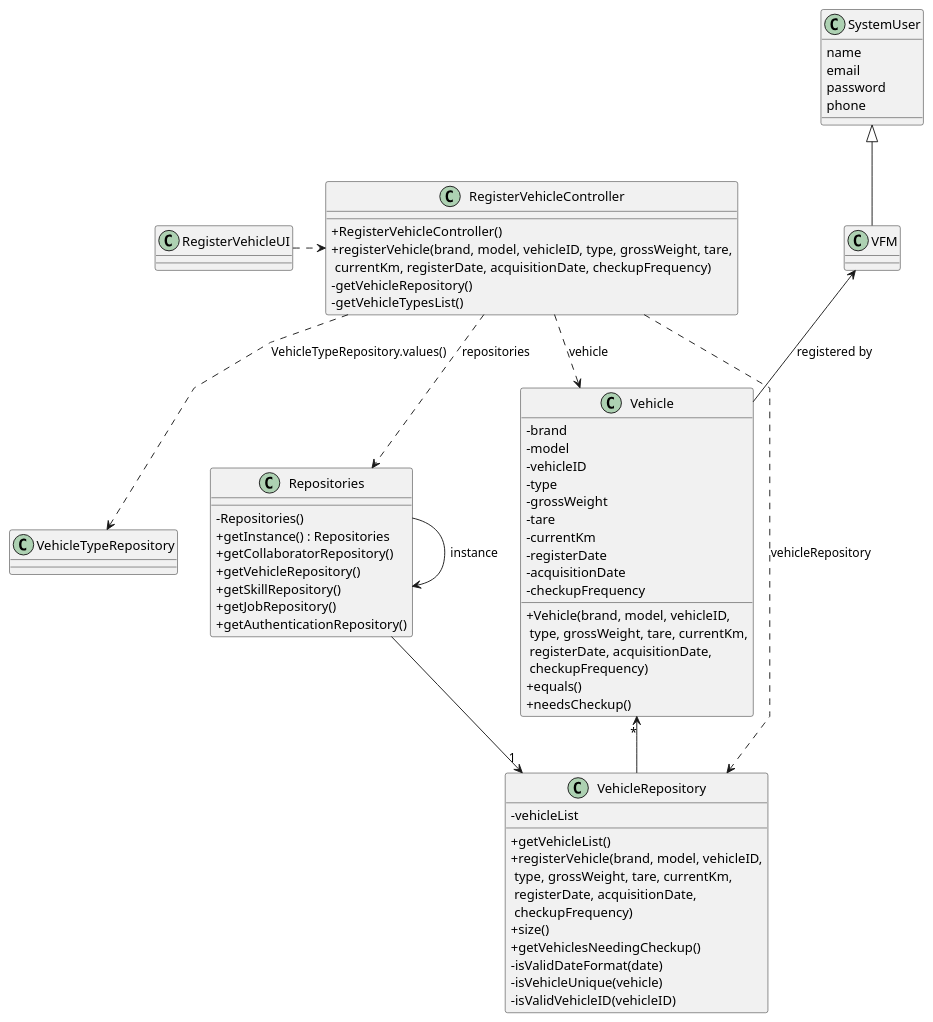
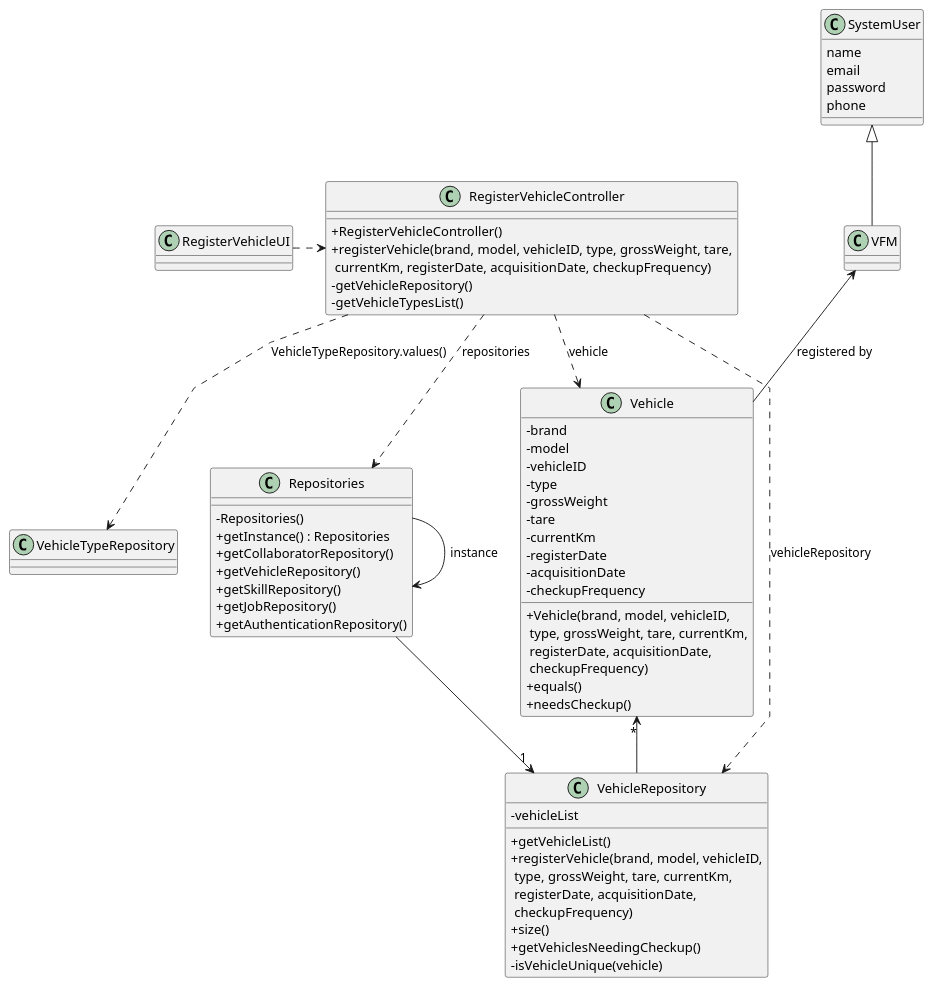
Before and after one commit to Departamento-de-Engenharia-Informatica/lei-24-s2-1do-g164: the diagram in docs/sprintB/us006/03.design/puml/us006-class-diagram.puml, drawn with PlantUML. The commit also changed 6 other files, not shown here.

```diff
--- a/docs/sprintB/us006/03.design/puml/us006-class-diagram.puml
+++ b/docs/sprintB/us006/03.design/puml/us006-class-diagram.puml
@@ -1,83 +1,81 @@
 @startuml
 'skinparam monochrome true
 skinparam packageStyle rectangle
 skinparam shadowing false
 skinparam linetype polyline
 'skinparam linetype orto
 
 skinparam classAttributeIconSize 0
 
 'left to right direction
 
 class Vehicle {
     - brand
     - model
     - vehicleID
     - type
     - grossWeight
     - tare
     - currentKm
     - registerDate
     - acquisitionDate
     - checkupFrequency
     + Vehicle(brand, model, vehicleID,\n type, grossWeight, tare, currentKm,\n registerDate, acquisitionDate,\n checkupFrequency)
     + equals()
     + needsCheckup()
 }
 
 class Repositories {
 
 
     - Repositories()
     + getInstance() : Repositories
     + getCollaboratorRepository()
     + getVehicleRepository()
     + getSkillRepository()
     + getJobRepository()
     + getAuthenticationRepository()
 }
 
 class VehicleRepository {
     -vehicleList
     + getVehicleList()
     + registerVehicle(brand, model, vehicleID,\n type, grossWeight, tare, currentKm,\n registerDate, acquisitionDate,\n checkupFrequency)
     + size()
     + getVehiclesNeedingCheckup()
-    - isValidDateFormat(date)
     - isVehicleUnique(vehicle)
-    - isValidVehicleID(vehicleID)
 }
 
 class RegisterVehicleController {
 
     + RegisterVehicleController()
     + registerVehicle(brand, model, vehicleID, type, grossWeight, tare,\n currentKm, registerDate, acquisitionDate, checkupFrequency)
     - getVehicleRepository()
     - getVehicleTypesList()
 }
 
 class VehicleTypeRepository{}
 
 class VFM {}
 
 class SystemUser {
     name
     email
     password
     phone
 }
 
 
 SystemUser <|-- VFM
 VFM  <-- Vehicle : registered by
 RegisterVehicleController ..> Repositories : repositories
 RegisterVehicleController ..> VehicleRepository : vehicleRepository
 RegisterVehicleController ..> VehicleTypeRepository : VehicleTypeRepository.values()
 RegisterVehicleController ..> Vehicle : vehicle
 
 RegisterVehicleUI .> RegisterVehicleController
 Repositories -->"1" VehicleRepository
 Repositories -> Repositories : instance
 Vehicle "*" <-- VehicleRepository
 
 @enduml
```
